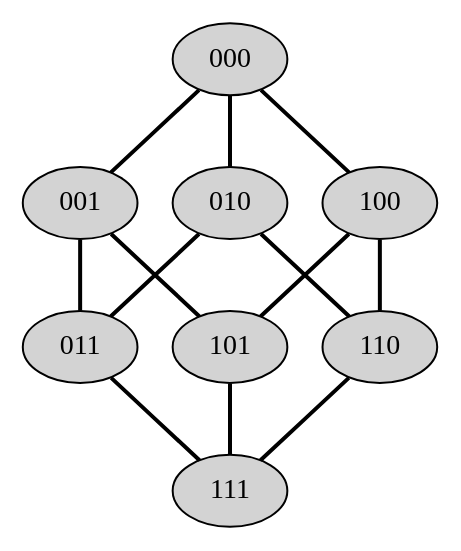
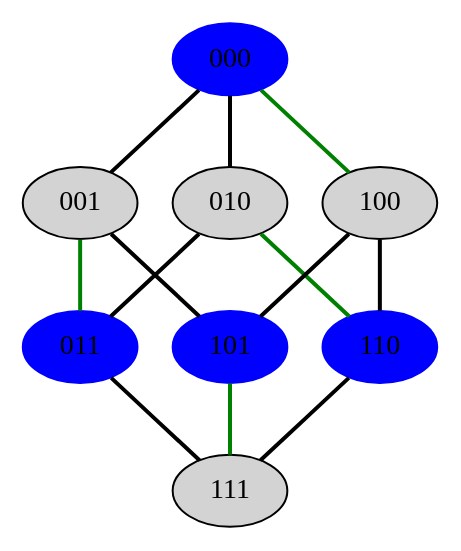
Before and after one commit to jaanos/optimizacijske-metode: the second of 8 diagrams in zapiski/2020/2020-04-10.md, drawn with Graphviz. The commit also changed other lines of this file, not shown here.

````diff
--- a/zapiski/2020/2020-04-10.md
+++ b/zapiski/2020/2020-04-10.md
@@ -32,19 +54,24 @@
 ```graphviz
 graph G3 {
     node [style=filled]
     edge [penwidth=2]
 
     000 -- 001
     000 -- 010
-    000 -- 100
-    001 -- 011
+    000 -- 100 [color=green]
+    001 -- 011 [color=green]
     001 -- 101
     010 -- 011
-    010 -- 110
+    010 -- 110 [color=green]
     100 -- 101
     100 -- 110
     011 -- 111
-    101 -- 111
+    101 -- 111 [color=green]
     110 -- 111
+
+    000 [color=blue]
+    011 [color=blue]
+    101 [color=blue]
+    110 [color=blue]
 }
 ```
````
